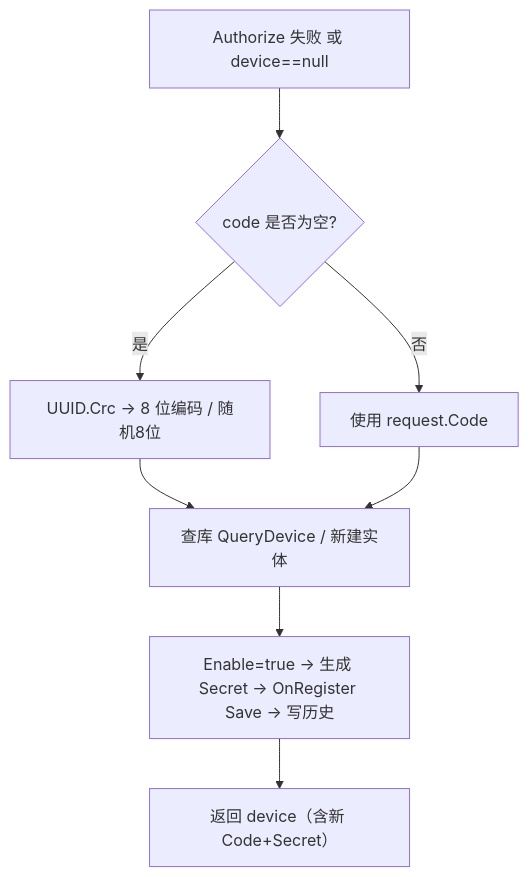
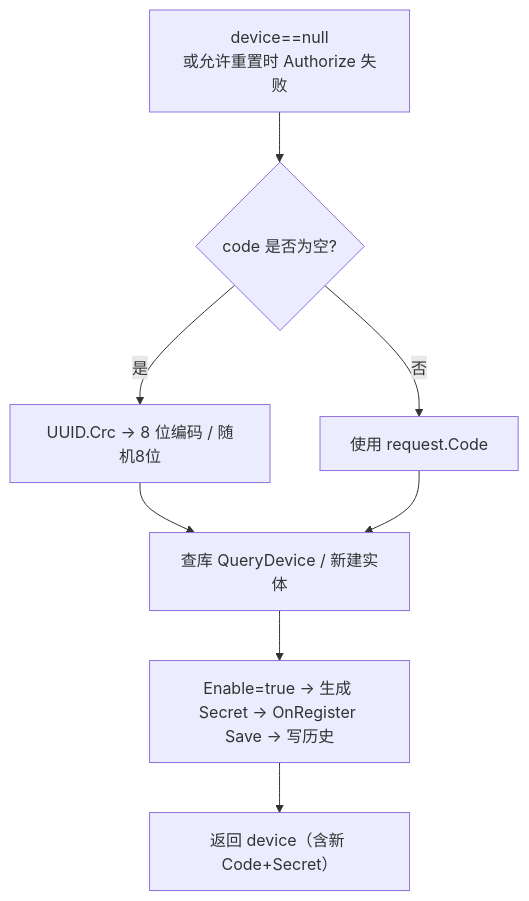
Before and after one commit to NewLifeX/NewLife.Remoting: the fourth of 10 diagrams in Doc/SRV-服务端架构.md, drawn with Mermaid. The commit also changed other lines of this file and 2 other files, not shown here.

````diff
--- a/Doc/SRV-服务端架构.md
+++ b/Doc/SRV-服务端架构.md
@@ -150,10 +153,10 @@
 ```mermaid
 flowchart TD
-    A[Authorize 失败 或 device==null] --> B{code 是否为空?}
+    A[device==null<br/>或允许重置时 Authorize 失败] --> B{code 是否为空?}
     B -->|是| C[UUID.Crc → 8 位编码 / 随机8位]
     B -->|否| D[使用 request.Code]
     C --> E[查库 QueryDevice / 新建实体]
     D --> E
     E --> F[Enable=true → 生成 Secret → OnRegister Save → 写历史]
     F --> G[返回 device（含新 Code+Secret）]
 ```
````
